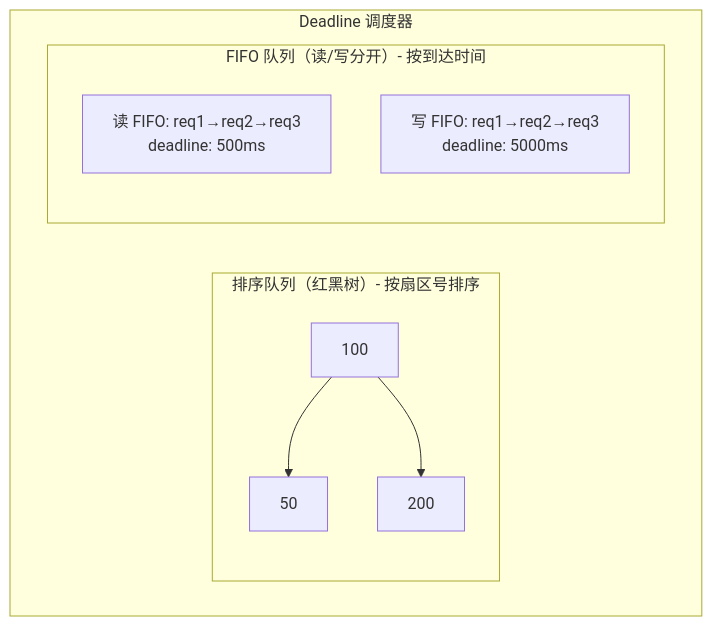
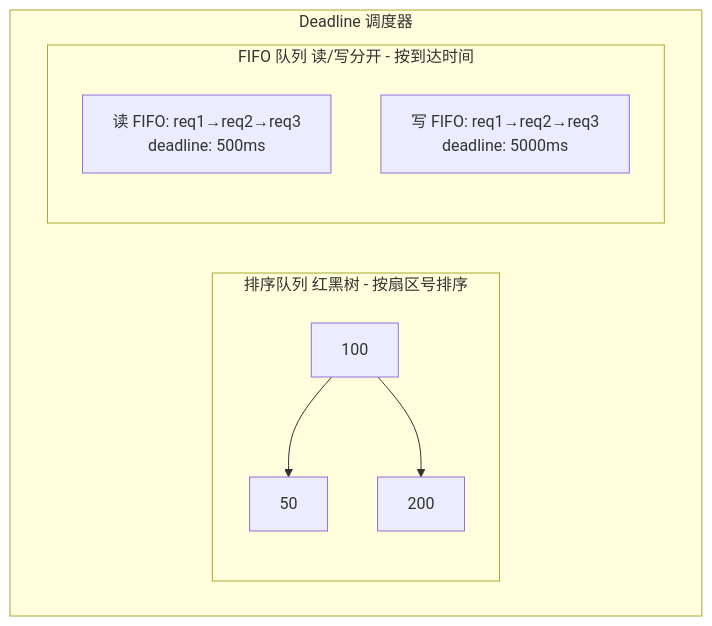
The sixth of 10 diagrams in content/articles/os/os-18-OS面试题-IO系统.md (jpixy/jpixy.github.io), drawn with Mermaid before and after one commit. The commit also changed other lines of this file and 66 other files, not shown here.

Commit message:
fix: resolve Mermaid syntax errors by removing parentheses in node labels

````diff
--- a/content/articles/os/os-18-OS面试题-IO系统.md
+++ b/content/articles/os/os-18-OS面试题-IO系统.md
@@ -401,17 +401,17 @@
 ```mermaid
 graph TB
     subgraph Deadline["Deadline 调度器"]
-        subgraph SortQ["排序队列（红黑树）- 按扇区号排序"]
+        subgraph SortQ["排序队列 红黑树 - 按扇区号排序"]
             N100[100]
             N50[50]
             N200[200]
             N100 --> N50
             N100 --> N200
         end
         
-        subgraph FIFO["FIFO 队列（读/写分开）- 按到达时间"]
+        subgraph FIFO["FIFO 队列 读/写分开 - 按到达时间"]
             READ["读 FIFO: req1→req2→req3<br>deadline: 500ms"]
             WRITE["写 FIFO: req1→req2→req3<br>deadline: 5000ms"]
         end
     end
 ```
````
